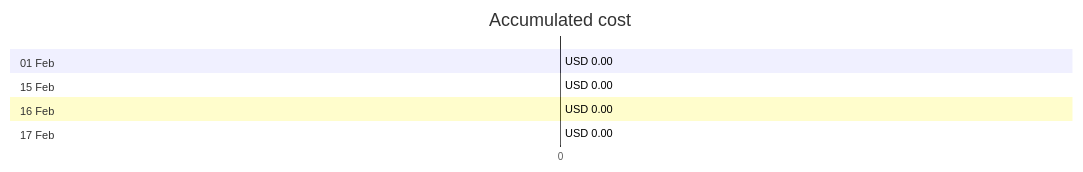
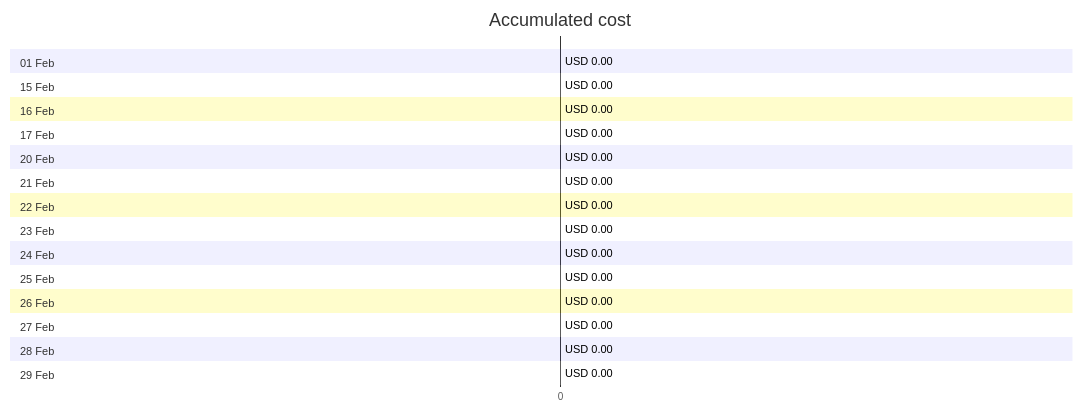
Before and after one commit to jpfulton/azure-personal-reports: the first of 4 diagrams in cost-reports/azureapp-auto-alerts-873533-jpatrick_fulton_gmail_com/README.md, drawn with Mermaid. The commit also changed other lines of this file and 1 other file, not shown here.

Commit message:
Generated reports [skip ci]

````diff
--- a/cost-reports/azureapp-auto-alerts-873533-jpatrick_fulton_gmail_com/README.md
+++ b/cost-reports/azureapp-auto-alerts-873533-jpatrick_fulton_gmail_com/README.md
@@ -20,14 +20,34 @@
 ```mermaid
 gantt
    title Accumulated cost
    dateFormat  X
    axisFormat %s
    section 01 Feb
    USD 0.00 :0, 0
    section 15 Feb
    USD 0.00 :0, 0
    section 16 Feb
    USD 0.00 :0, 0
    section 17 Feb
    USD 0.00 :0, 0
+   section 20 Feb
+   USD 0.00 :0, 0
+   section 21 Feb
+   USD 0.00 : done, 0, 0
+   section 22 Feb
+   USD 0.00 : done, 0, 0
+   section 23 Feb
+   USD 0.00 : done, 0, 0
+   section 24 Feb
+   USD 0.00 : done, 0, 0
+   section 25 Feb
+   USD 0.00 : done, 0, 0
+   section 26 Feb
+   USD 0.00 : done, 0, 0
+   section 27 Feb
+   USD 0.00 : done, 0, 0
+   section 28 Feb
+   USD 0.00 : done, 0, 0
+   section 29 Feb
+   USD 0.00 : done, 0, 0
 ```
````
